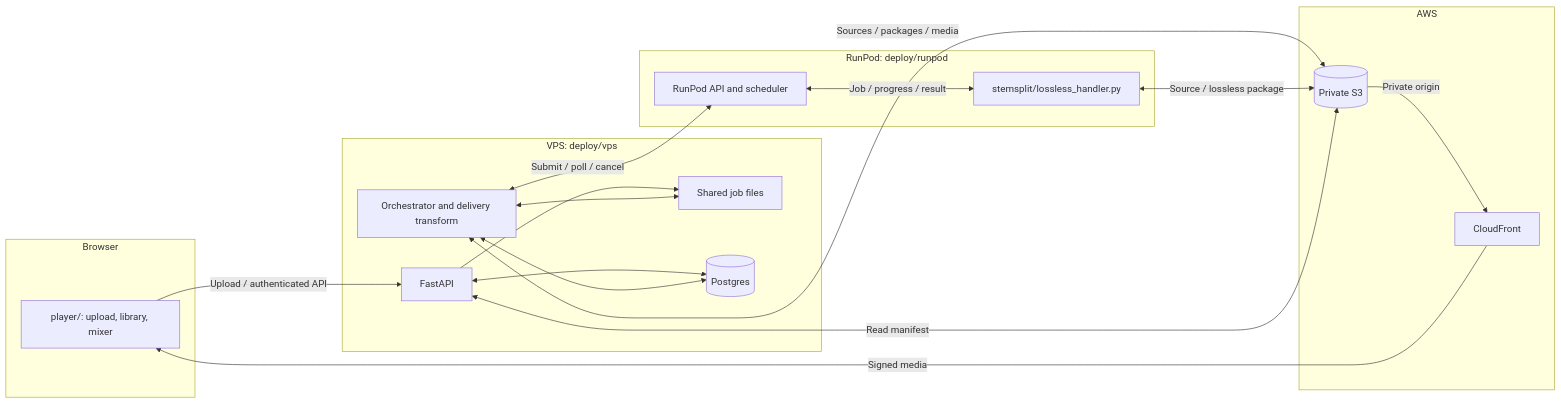
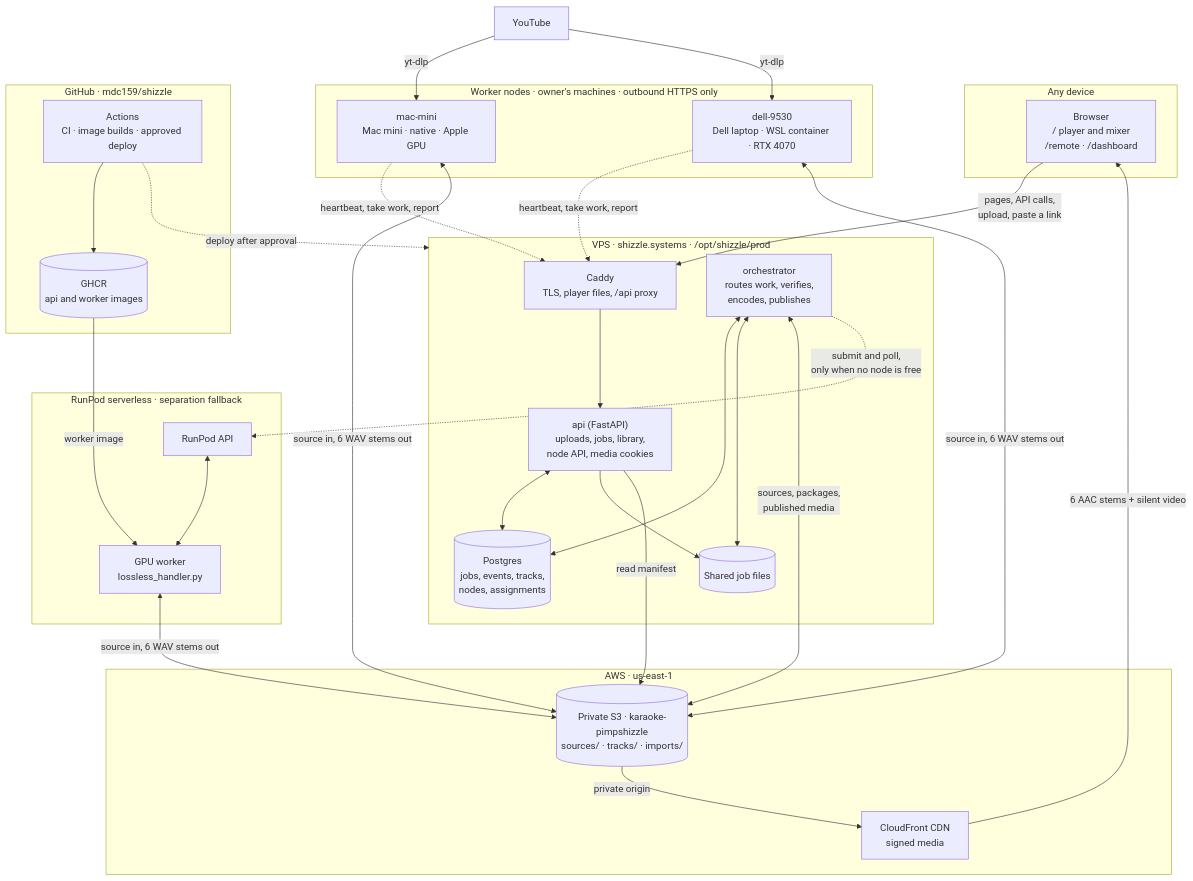
Before and after one commit to mdc159/shizzle: the first of 2 diagrams in README.md, drawn with Mermaid. The commit also changed other lines of this file and 11 other files, not shown here.

First line of the commit message:
Docs: current state with both worker nodes live; README system diagrams

````diff
--- a/README.md
+++ b/README.md
@@ -38,32 +28,59 @@
 ```mermaid
-flowchart LR
-    subgraph Browser["Browser"]
-        UI["player/: upload, library, mixer"]
+flowchart TB
+    subgraph People["Any device"]
+        BR["Browser<br/>/ player and mixer<br/>/remote · /dashboard"]
     end
-    subgraph VPS["VPS: deploy/vps"]
-        API["FastAPI"]
-        Disk["Shared job files"]
-        DB[("Postgres")]
-        ORC["Orchestrator and delivery transform"]
+
+    subgraph VPS["VPS · shizzle.systems · /opt/shizzle/prod"]
+        CADDY["Caddy<br/>TLS, player files, /api proxy"]
+        API["api (FastAPI)<br/>uploads, jobs, library,<br/>node API, media cookies"]
+        ORC["orchestrator<br/>routes work, verifies,<br/>encodes, publishes"]
+        PG[("Postgres<br/>jobs, events, tracks,<br/>nodes, assignments")]
+        DISK[("Shared job files")]
     end
-    subgraph GPU["RunPod: deploy/runpod"]
-        RunPodAPI["RunPod API and scheduler"]
-        Worker["stemsplit/lossless_handler.py"]
+
+    subgraph AWS["AWS · us-east-1"]
+        S3[("Private S3 · karaoke-pimpshizzle<br/>sources/ · tracks/ · imports/")]
+        CF["CloudFront CDN<br/>signed media"]
     end
-    subgraph AWS["AWS"]
-        S3[("Private S3")]
-        CF["CloudFront"]
+
+    subgraph Nodes["Worker nodes · owner's machines · outbound HTTPS only"]
+        MAC["mac-mini<br/>Mac mini · native · Apple GPU"]
+        DELL["dell-9530<br/>Dell laptop · WSL container · RTX 4070"]
     end
-    UI -->|"Upload / authenticated API"| API
-    API --> Disk
-    API <--> DB
-    ORC <--> DB
-    ORC <--> Disk
-    ORC <-->|"Sources / packages / media"| S3
-    ORC <-->|"Submit / poll / cancel"| RunPodAPI
-    RunPodAPI <-->|"Job / progress / result"| Worker
-    Worker <-->|"Source / lossless package"| S3
-    API <-->|"Read manifest"| S3
-    S3 -->|"Private origin"| CF
-    CF -->|"Signed media"| UI
+
+    subgraph RunPod["RunPod serverless · separation fallback"]
+        RPAPI["RunPod API"]
+        RPW["GPU worker<br/>lossless_handler.py"]
+    end
+
+    YT["YouTube"]
+
+    subgraph GitHub["GitHub · mdc159/shizzle"]
+        CI["Actions<br/>CI · image builds · approved deploy"]
+        GHCR[("GHCR<br/>api and worker images")]
+    end
+
+    BR -->|"pages, API calls,<br/>upload, paste a link"| CADDY
+    CADDY --> API
+    API <--> PG
+    ORC <--> PG
+    API --> DISK
+    ORC <--> DISK
+    MAC -.->|"heartbeat, take work, report"| CADDY
+    DELL -.->|"heartbeat, take work, report"| CADDY
+    YT -->|"yt-dlp"| MAC
+    YT -->|"yt-dlp"| DELL
+    MAC <-->|"source in, 6 WAV stems out"| S3
+    DELL <-->|"source in, 6 WAV stems out"| S3
+    ORC <-->|"sources, packages,<br/>published media"| S3
+    ORC -.->|"submit and poll,<br/>only when no node is free"| RPAPI
+    RPAPI <--> RPW
+    RPW <-->|"source in, 6 WAV stems out"| S3
+    API -->|"read manifest"| S3
+    S3 -->|"private origin"| CF
+    CF -->|"6 AAC stems + silent video"| BR
+    CI --> GHCR
+    CI -.->|"deploy after approval"| VPS
+    GHCR -->|"worker image"| RPW
 ```
````
